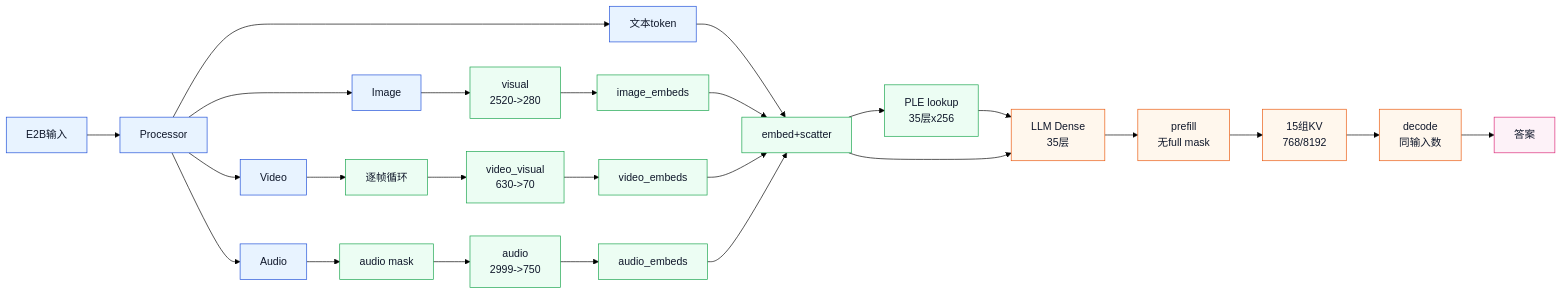
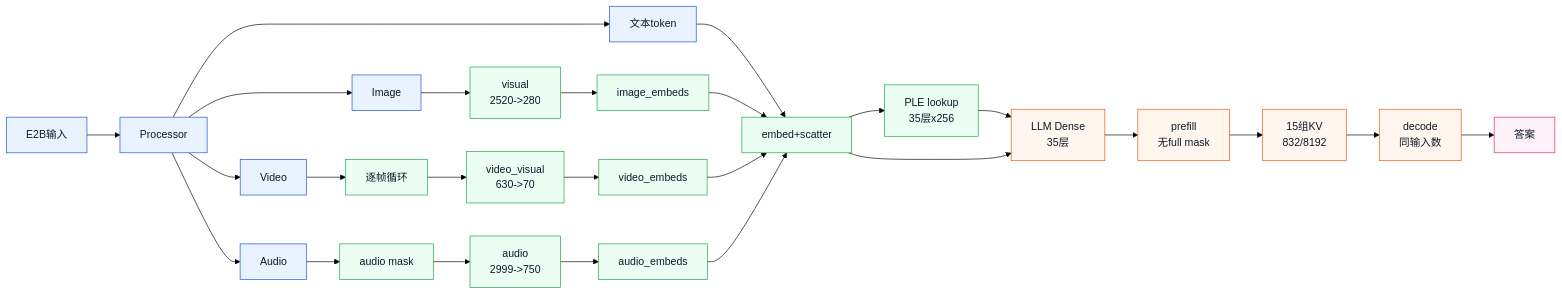
One commit to houmo-ai/houmo-xh2modelzoo changed the second of 5 diagrams in docs/gemma4_series_merak_workflow_guide_20260621.md. Above: the diagram before and after it, drawn with Mermaid (forest theme). The commit also changed other lines of this file and 43 other files, not shown here.

````diff
--- a/docs/gemma4_series_merak_workflow_guide_20260621.md
+++ b/docs/gemma4_series_merak_workflow_guide_20260621.md
@@ -794,39 +792,39 @@
 ```mermaid
 flowchart LR
   X[E2B输入] --> P[Processor]
   P --> T[文本token]
   P --> I[Image]
   P --> V[Video]
   P --> A[Audio]
 
   I --> VI[visual\n2520->280]
   V --> FV[逐帧循环]
   FV --> VV[video_visual\n630->70]
   A --> AM[audio mask]
   AM --> AU[audio\n2999->750]
 
   VI --> IE[image_embeds]
   VV --> VE[video_embeds]
   AU --> AE[audio_embeds]
   T --> SC[embed+scatter]
   IE --> SC
   VE --> SC
   AE --> SC
 
   SC --> PLE[PLE lookup\n35层x256]
   PLE --> LLM[LLM Dense\n35层]
   SC --> LLM
   LLM --> PF[prefill\n无full mask]
-  PF --> KV[15组KV\n768/8192]
+  PF --> KV[15组KV\n832/8192]
   KV --> DE[decode\n同输入数]
   DE --> O[答案]
 
   classDef input fill:#E8F3FF,stroke:#1D4ED8,color:#0F172A;
   classDef sub fill:#ECFDF3,stroke:#16A34A,color:#0F172A;
   classDef llm fill:#FFF7ED,stroke:#EA580C,color:#0F172A;
   classDef out fill:#FDF2F8,stroke:#DB2777,color:#0F172A;
   class X,P,T,I,V,A input;
   class VI,FV,VV,AM,AU,IE,VE,AE,SC,PLE sub;
   class LLM,PF,KV,DE llm;
   class O out;
 ```
````
